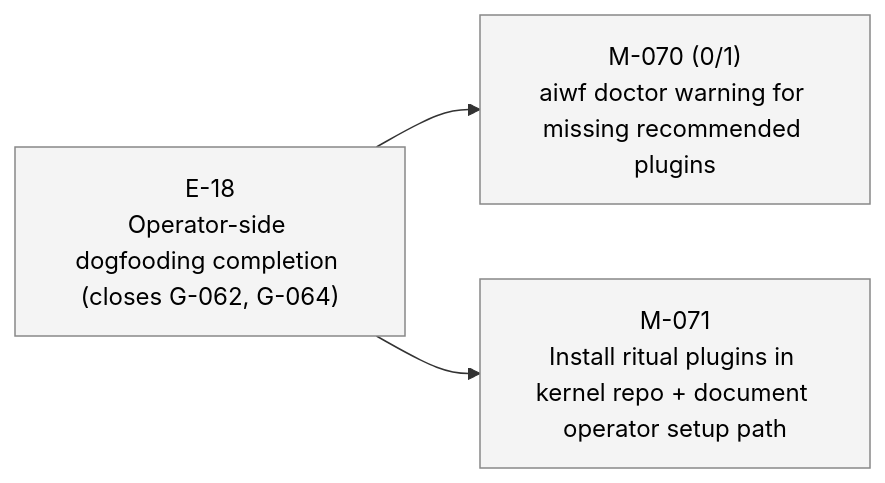
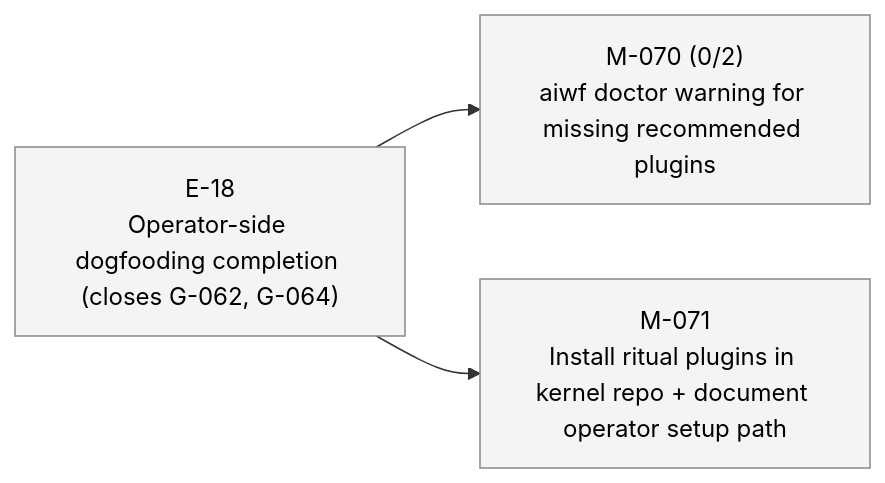
The fourth of 4 diagrams in STATUS.md (23min/aiwf), drawn with Mermaid before and after one commit. The commit also changed other lines of this file and 1 other file, not shown here.

First line of the commit message:
aiwf add ac M-070/AC-2 "doctor reads installed_plugins.json and matches project scope"

````diff
--- a/STATUS.md
+++ b/STATUS.md
@@ -80,14 +80,14 @@
 ```mermaid
 flowchart LR
   E_18["E-18<br/>Operator-side dogfooding completion (closes G-062, G-064)"]:::epic_proposed
-  M_070["M-070 (0/1)<br/>aiwf doctor warning for missing recommended plugins"]:::ms_draft
+  M_070["M-070 (0/2)<br/>aiwf doctor warning for missing recommended plugins"]:::ms_draft
   E_18 --> M_070
   M_071["M-071<br/>Install ritual plugins in kernel repo + document operator setup path"]:::ms_draft
   E_18 --> M_071
   classDef epic_active fill:#d6eaff,stroke:#1a73e8,color:#000
   classDef epic_proposed fill:#f4f4f4,stroke:#888,color:#000
   classDef ms_done fill:#d8f5d8,stroke:#2a8a2a,color:#000
   classDef ms_in_progress fill:#fff3c4,stroke:#caa400,color:#000
   classDef ms_draft fill:#f4f4f4,stroke:#888,color:#000
   classDef ms_cancelled fill:#fbeaea,stroke:#c33,color:#000
 ```
````
